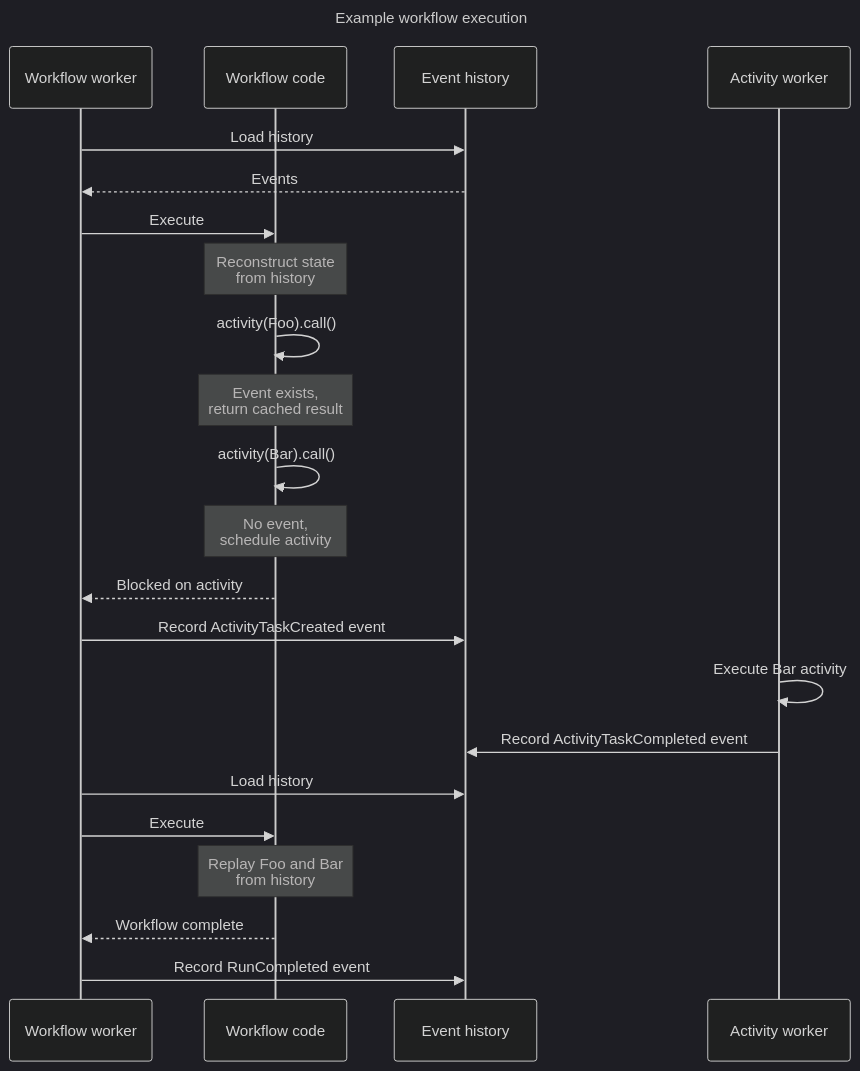
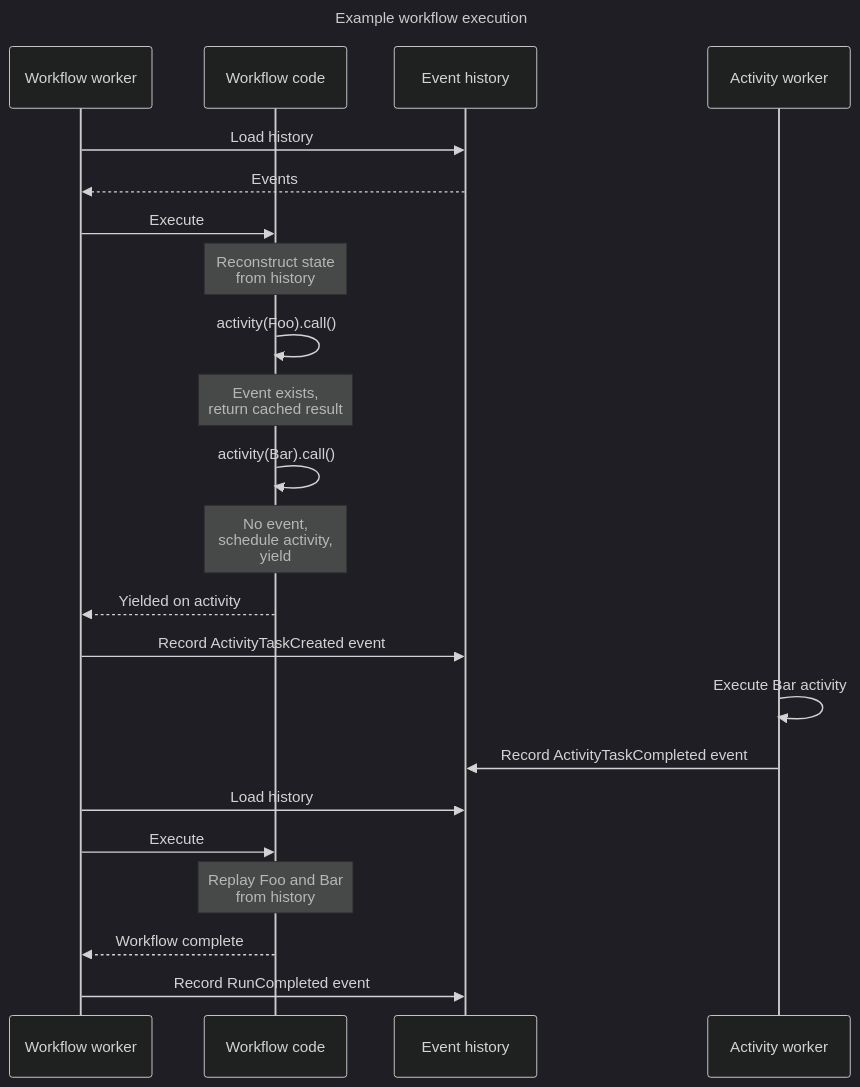
The second of 6 diagrams in docs/concepts/architecture/design/durable-execution.md (DependencyTrack/docs), drawn with Mermaid (dark theme) before and after one commit. The commit also changed other lines of this file and 1 other file, not shown here.

````diff
--- a/docs/concepts/architecture/design/durable-execution.md
+++ b/docs/concepts/architecture/design/durable-execution.md
@@ -127,30 +181,30 @@
 ```mermaid
 ---
 title: Example workflow execution
 ---
 sequenceDiagram
     participant W as Workflow worker
     participant C as Workflow code
     participant H as Event history
     participant A as Activity worker
 
     W ->> H: Load history
     H -->> W: Events
     W ->> C: Execute
     Note over C: Reconstruct state<br/>from history
     C ->> C: activity(Foo).call()
     Note over C: Event exists,<br/>return cached result
     C ->> C: activity(Bar).call()
-    Note over C: No event,<br/>schedule activity
-    C -->> W: Blocked on activity
+    Note over C: No event,<br/>schedule activity,<br/>yield
+    C -->> W: Yielded on activity
     W ->> H: Record ActivityTaskCreated event
 
     A ->> A: Execute Bar activity
     A ->> H: Record ActivityTaskCompleted event
 
     W ->> H: Load history
     W ->> C: Execute
     Note over C: Replay Foo and Bar<br/>from history
     C -->> W: Workflow complete
     W ->> H: Record RunCompleted event
 ```
````
